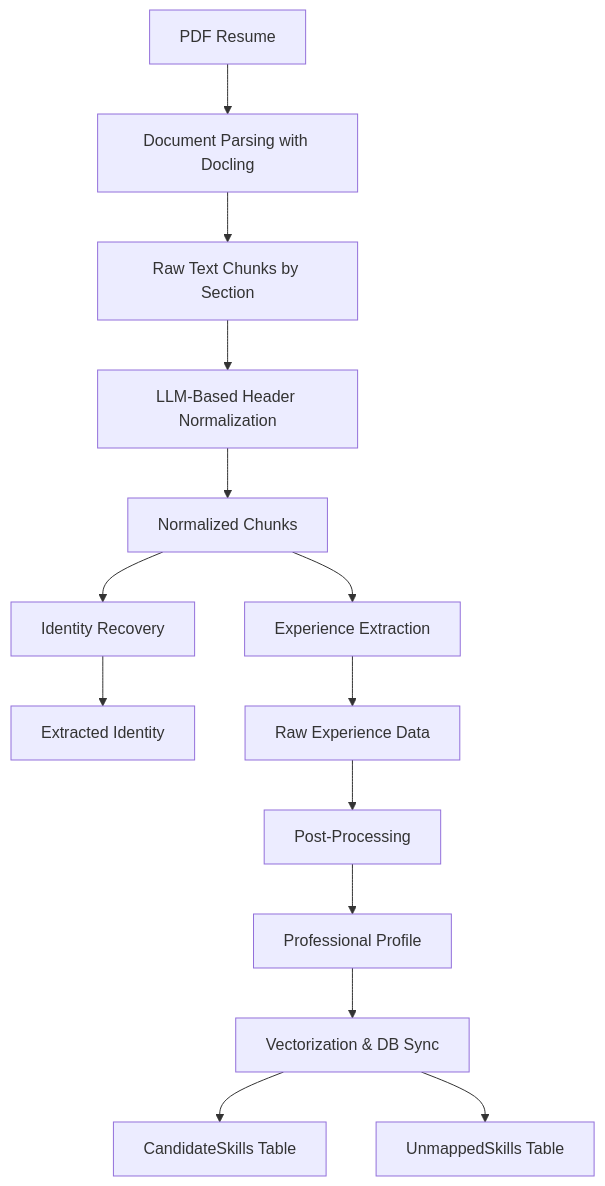
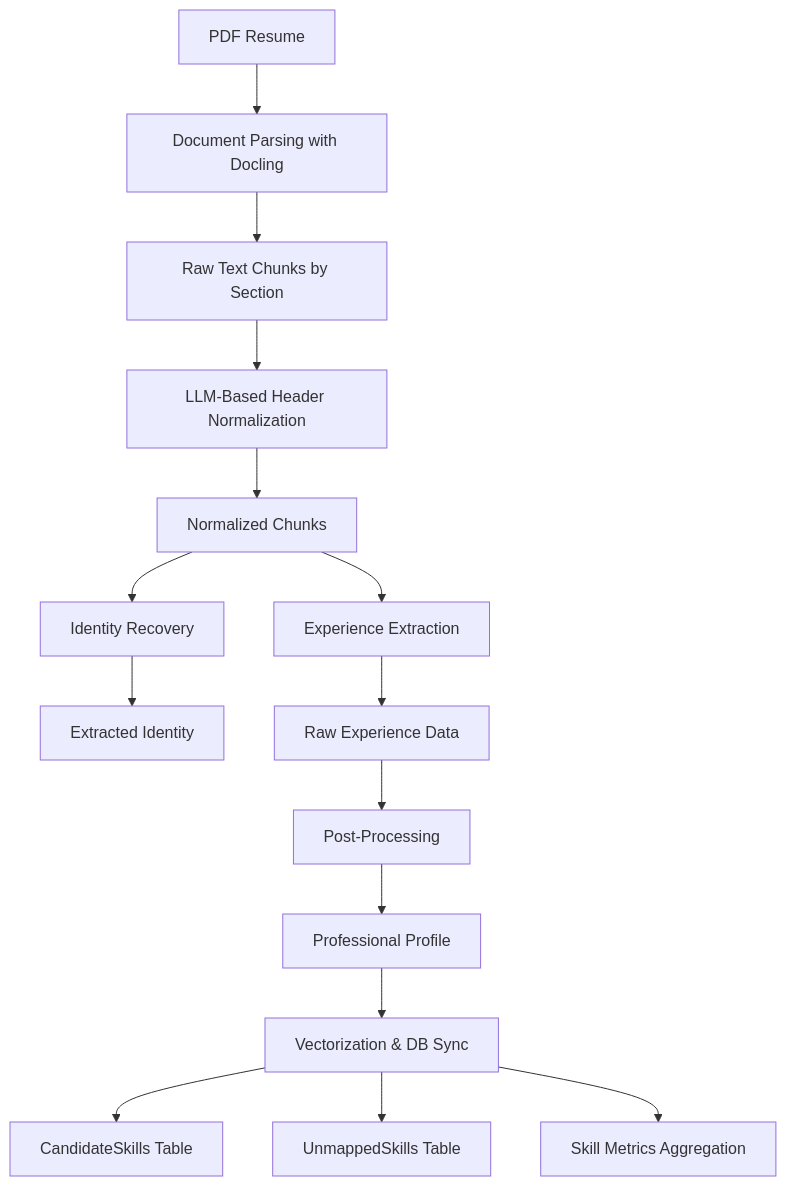
One commit to anvaya/Questpond.AIML.Cohort2.Python changed the diagram in architecture/01_candidate_resume_processor_architecture.md. Above: the diagram before and after it, drawn with Mermaid. The commit also changed other lines of this file and 72 other files, not shown here.

First line of the commit message:
Bulk Architectural Updates.

````diff
--- a/architecture/01_candidate_resume_processor_architecture.md
+++ b/architecture/01_candidate_resume_processor_architecture.md
@@ -13,16 +13,17 @@
 ```mermaid
 graph TD
     A[PDF Resume] --> B[Document Parsing with Docling]
     B --> C[Raw Text Chunks by Section]
     C --> D[LLM-Based Header Normalization]
     D --> E[Normalized Chunks]
     E --> F[Identity Recovery]
     E --> G[Experience Extraction]
     F --> H[Extracted Identity]
     G --> I[Raw Experience Data]
     I --> J[Post-Processing]
     J --> K[Professional Profile]
     K --> L[Vectorization & DB Sync]
     L --> M[CandidateSkills Table]
     L --> N[UnmappedSkills Table]
+    L --> O[Skill Metrics Aggregation]
 ```
````
